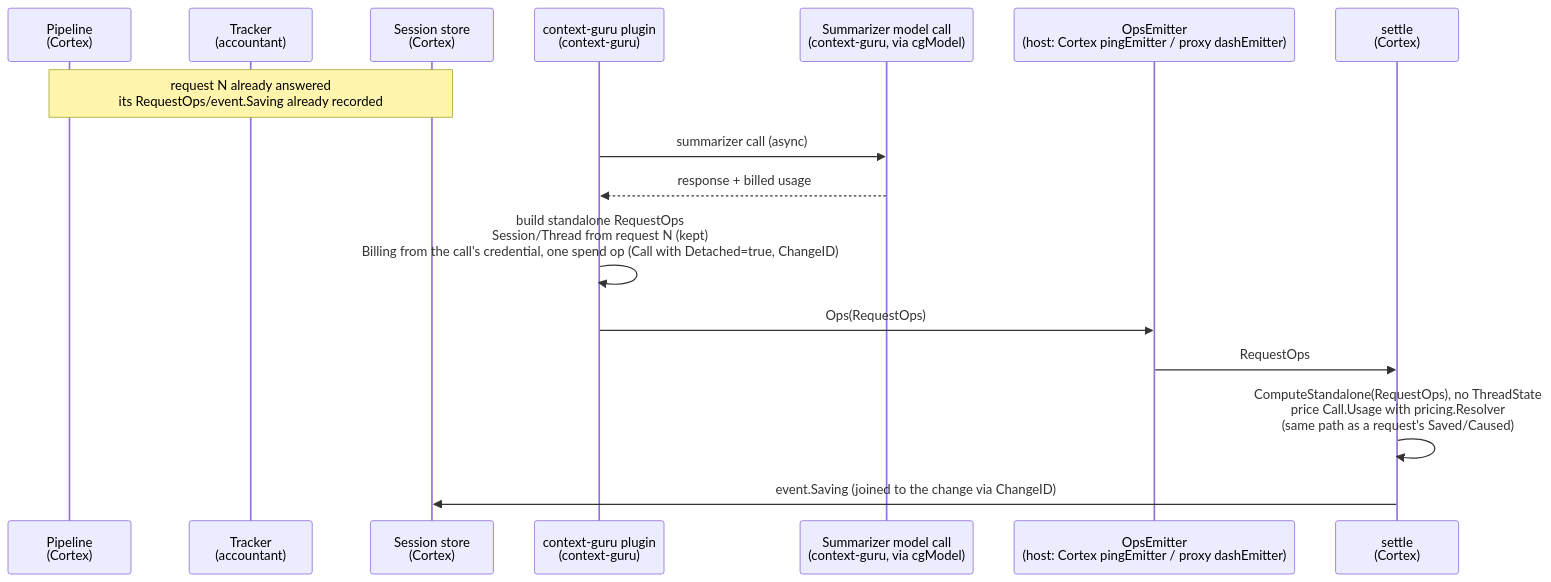
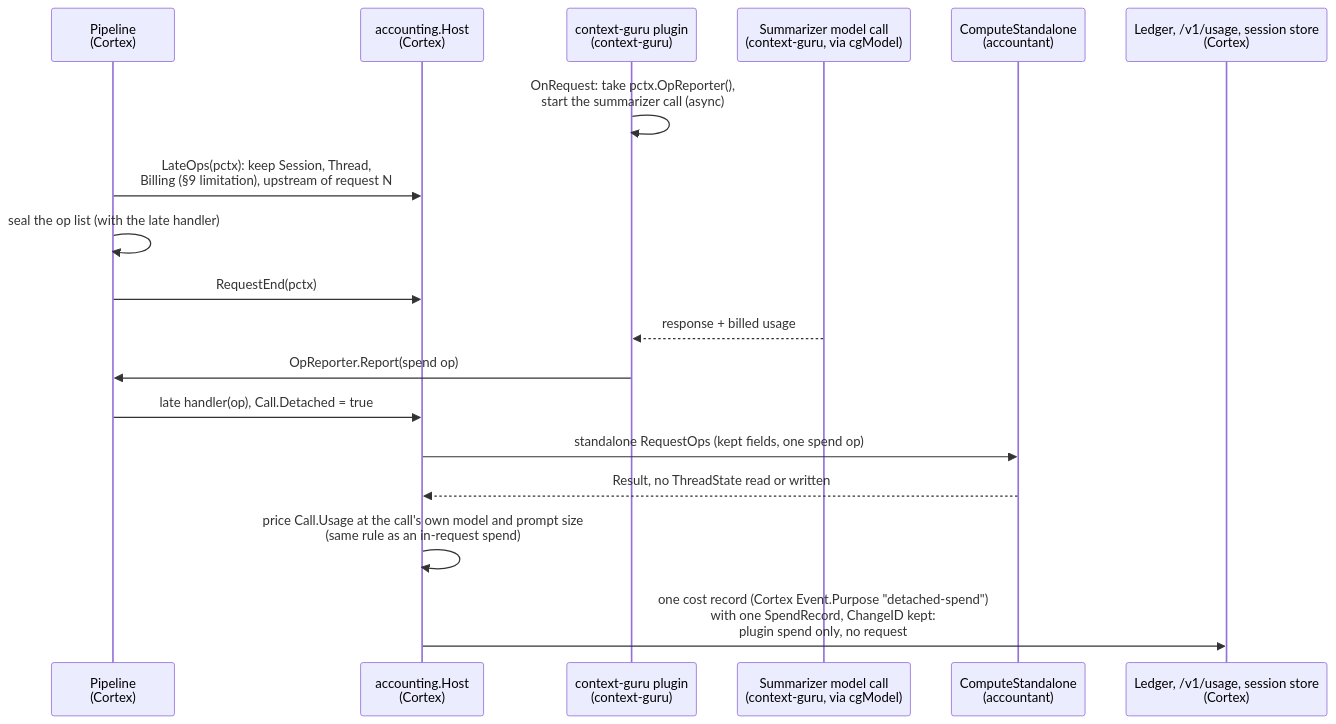
The second of 3 diagrams in docs/cortex-wiring.md (rossoctl/accountant), drawn with Mermaid before and after one commit. The commit also changed other lines of this file and 1 other file, not shown here.

First line of the commit message:
docs(wiring): describe how Cortex books a detached model call (W4.8 B) (#119)

````diff
--- a/docs/cortex-wiring.md
+++ b/docs/cortex-wiring.md
@@ -211,19 +241,21 @@
 ```mermaid
 sequenceDiagram
     participant Pipeline as Pipeline<br/>(Cortex)
-    participant Tracker as Tracker<br/>(accountant)
-    participant Store as Session store<br/>(Cortex)
+    participant Host as accounting.Host<br/>(Cortex)
     participant Plugin as context-guru plugin<br/>(context-guru)
     participant Model as Summarizer model call<br/>(context-guru, via cgModel)
-    participant Emitter as OpsEmitter<br/>(host: Cortex pingEmitter / proxy dashEmitter)
-    participant Settle as settle<br/>(Cortex)
+    participant Lib as ComputeStandalone<br/>(accountant)
+    participant Store as Ledger, /v1/usage, session store<br/>(Cortex)
 
-    Note over Pipeline,Store: request N already answered<br/>its RequestOps/event.Saving already recorded
-    Plugin->>Model: summarizer call (async)
+    Plugin->>Plugin: OnRequest: take pctx.OpReporter(),<br/>start the summarizer call (async)
+    Pipeline->>Host: LateOps(pctx): keep Session, Thread,<br/>Billing (§9 limitation), upstream of request N
+    Pipeline->>Pipeline: seal the op list (with the late handler)
+    Pipeline->>Host: RequestEnd(pctx)
     Model-->>Plugin: response + billed usage
-    Plugin->>Plugin: build standalone RequestOps<br/>Session/Thread from request N (kept)<br/>Billing from the call's credential, one spend op (Call with Detached=true, ChangeID)
-    Plugin->>Emitter: Ops(RequestOps)
-    Emitter->>Settle: RequestOps
-    Settle->>Settle: ComputeStandalone(RequestOps), no ThreadState<br/>price Call.Usage with pricing.Resolver<br/>(same path as a request's Saved/Caused)
-    Settle->>Store: event.Saving (joined to the change via ChangeID)
+    Plugin->>Pipeline: OpReporter.Report(spend op)
+    Pipeline->>Host: late handler(op), Call.Detached = true
+    Host->>Lib: standalone RequestOps (kept fields, one spend op)
+    Lib-->>Host: Result, no ThreadState read or written
+    Host->>Host: price Call.Usage at the call's own model and prompt size<br/>(same rule as an in-request spend)
+    Host->>Store: one cost record (Cortex Event.Purpose "detached-spend")<br/>with one SpendRecord, ChangeID kept:<br/>plugin spend only, no request
 ```
````
